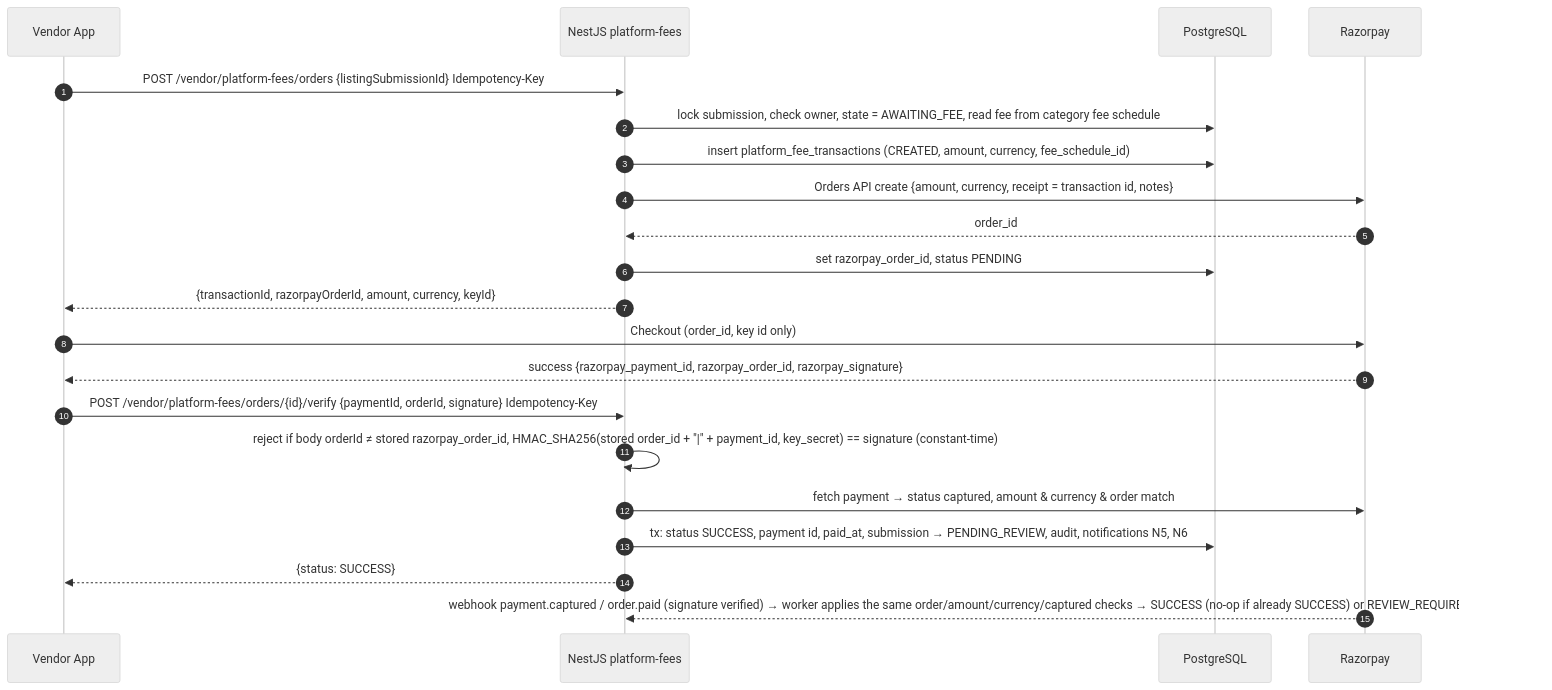
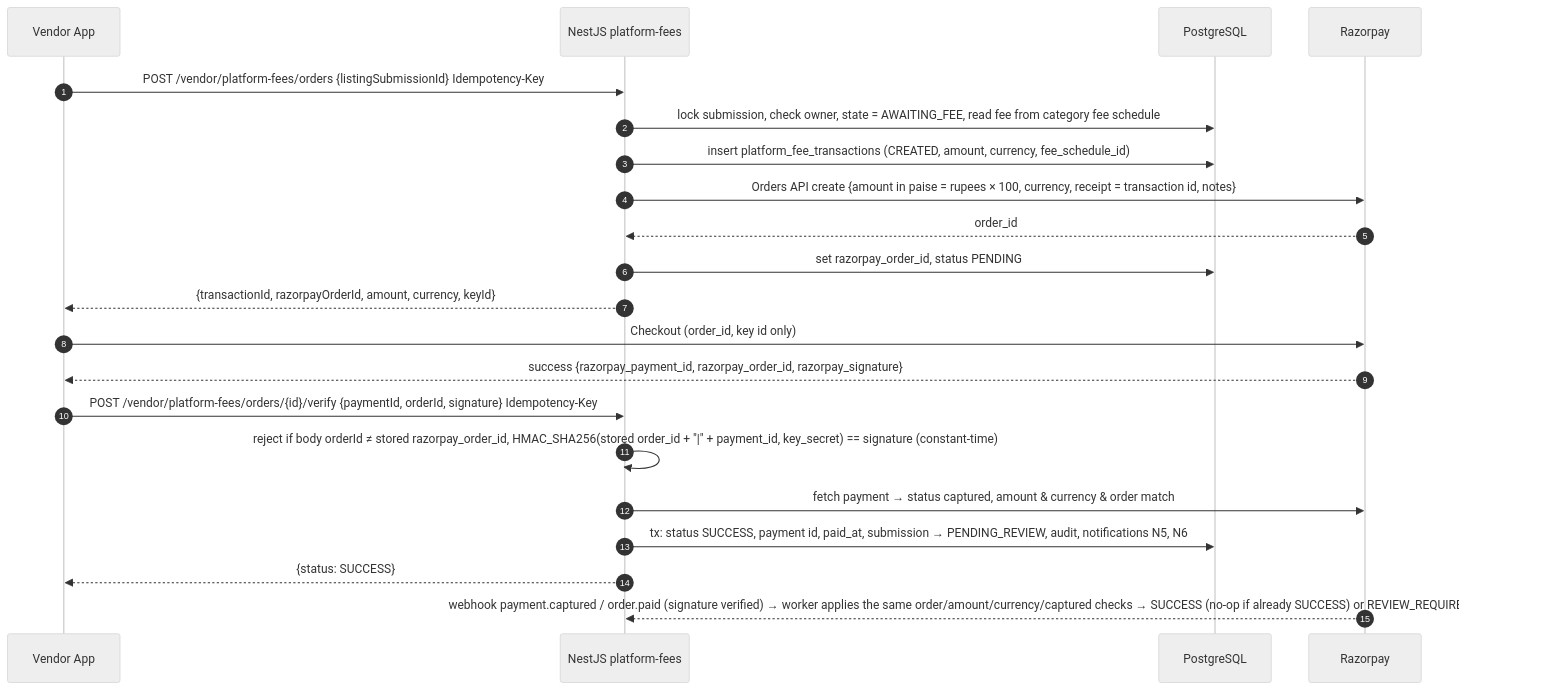
Before and after one commit to Anbarasu444/subham-events: the diagram in .claude/project/payment-architecture.md, drawn with Mermaid (neutral theme). The commit also changed other lines of this file and 16 other files, not shown here.

````diff
--- a/.claude/project/payment-architecture.md
+++ b/.claude/project/payment-architecture.md
@@ -22,23 +22,23 @@
 ```mermaid
 sequenceDiagram
   autonumber
   participant VA as Vendor App
   participant API as NestJS platform-fees
   participant DB as PostgreSQL
   participant RZ as Razorpay
   VA->>API: POST /vendor/platform-fees/orders {listingSubmissionId}  Idempotency-Key
   API->>DB: lock submission, check owner, state = AWAITING_FEE, read fee from category fee schedule
   API->>DB: insert platform_fee_transactions (CREATED, amount, currency, fee_schedule_id)
-  API->>RZ: Orders API create {amount, currency, receipt = transaction id, notes}
+  API->>RZ: Orders API create {amount in paise = rupees × 100, currency, receipt = transaction id, notes}
   RZ-->>API: order_id
   API->>DB: set razorpay_order_id, status PENDING
   API-->>VA: {transactionId, razorpayOrderId, amount, currency, keyId}
   VA->>RZ: Checkout (order_id, key id only)
   RZ-->>VA: success {razorpay_payment_id, razorpay_order_id, razorpay_signature}
   VA->>API: POST /vendor/platform-fees/orders/{id}/verify {paymentId, orderId, signature}  Idempotency-Key
   API->>API: reject if body orderId ≠ stored razorpay_order_id, HMAC_SHA256(stored order_id + "|" + payment_id, key_secret) == signature (constant-time)
   API->>RZ: fetch payment → status captured, amount & currency & order match
   API->>DB: tx: status SUCCESS, payment id, paid_at, submission → PENDING_REVIEW, audit, notifications N5, N6
   API-->>VA: {status: SUCCESS}
   RZ-->>API: webhook payment.captured / order.paid (signature verified) → worker applies the same order/amount/currency/captured checks → SUCCESS (no-op if already SUCCESS) or REVIEW_REQUIRED on mismatch
 ```
````
